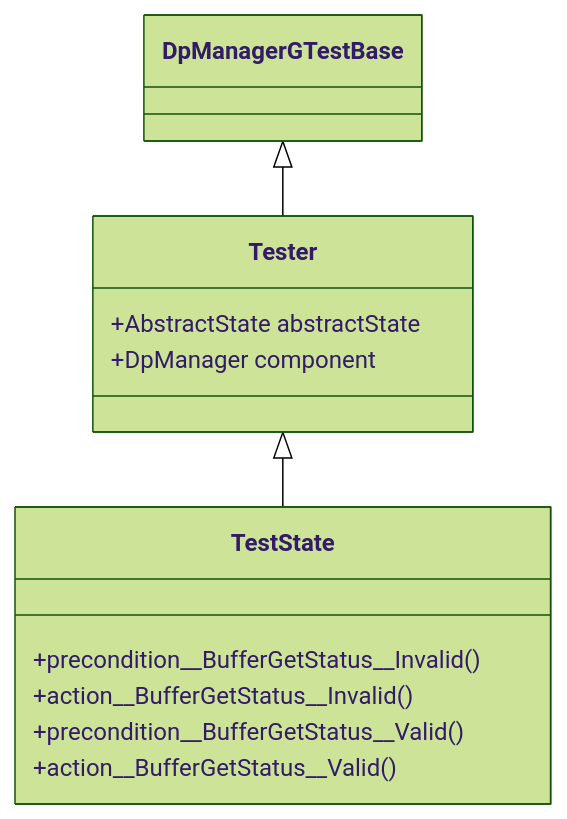
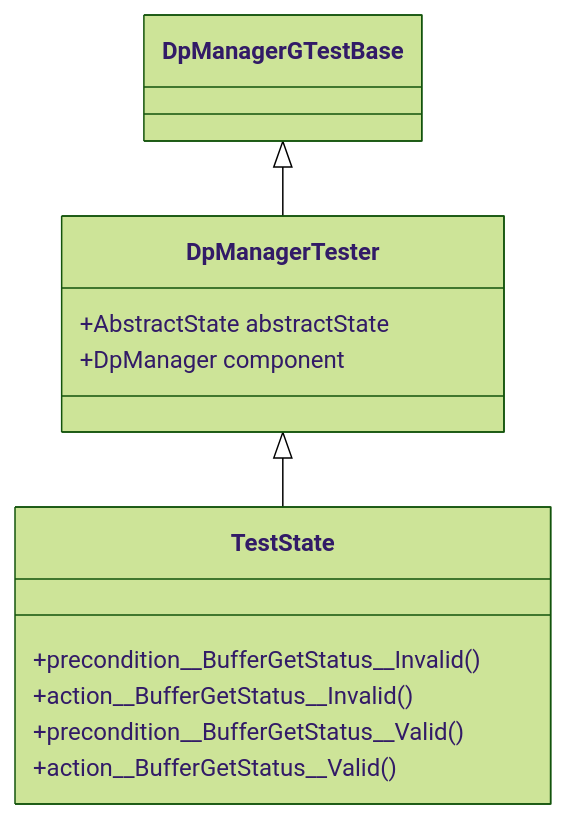
The first of 4 diagrams in Svc/DpManager/test/ut/README.md (bocchino/fprime), drawn with Mermaid (forest theme) before and after one commit. The commit also changed other lines of this file and 4 other files, not shown here.

Commit message:
Rename Tester to DpManagerTester

````diff
--- a/Svc/DpManager/test/ut/README.md
+++ b/Svc/DpManager/test/ut/README.md
@@ -286,15 +286,15 @@
 ```mermaid
 classDiagram
-    class Tester {
+    class DpManagerTester {
         +AbstractState abstractState
         +DpManager component
     }
     class TestState {
         +precondition__BufferGetStatus__Invalid()
         +action__BufferGetStatus__Invalid()
         +precondition__BufferGetStatus__Valid()
         +action__BufferGetStatus__Valid()
     }
-    DpManagerGTestBase <|-- Tester
-    Tester <|-- TestState
+    DpManagerGTestBase <|-- DpManagerTester
+    DpManagerTester <|-- TestState
 ```
````
